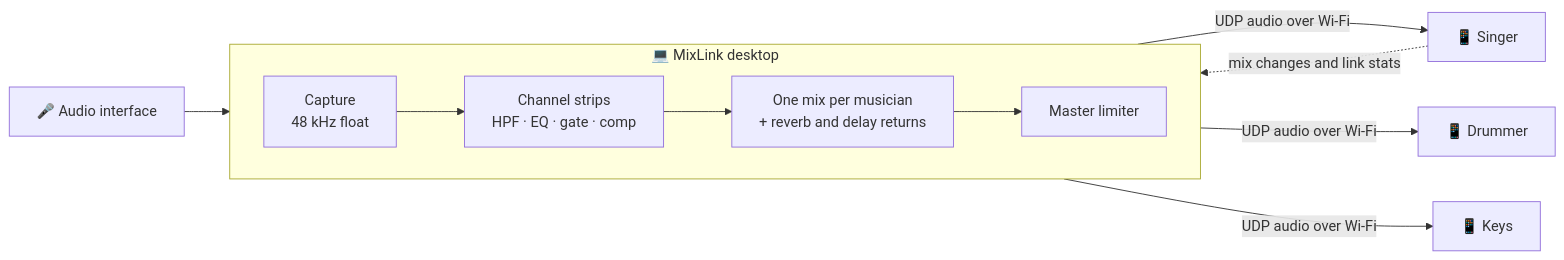
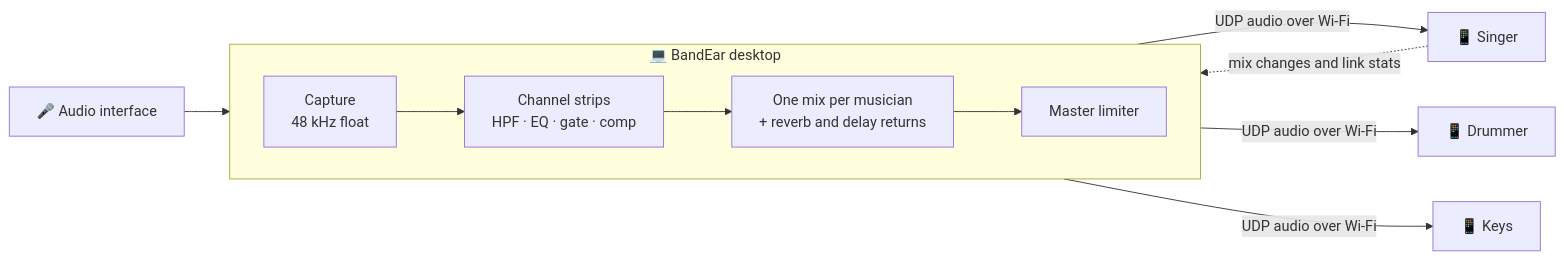
The diagram in README.md (carlosescor2199/bandear), drawn with Mermaid before and after one commit. The commit also changed other lines of this file and 1 other file, not shown here.

First line of the commit message:
docs: rename MixLink to BandEar

````diff
--- a/README.md
+++ b/README.md
@@ -129,14 +132,14 @@
 ```mermaid
 flowchart LR
     A[🎤 Audio interface] --> B
-    subgraph B[💻 MixLink desktop]
+    subgraph B[💻 BandEar desktop]
         direction LR
         C[Capture<br/>48 kHz float] --> D[Channel strips<br/>HPF · EQ · gate · comp]
         D --> E[One mix per musician<br/>+ reverb and delay returns]
         E --> F[Master limiter]
     end
     F -- "UDP audio over Wi-Fi" --> P1[📱 Singer]
     F -- "UDP audio over Wi-Fi" --> P2[📱 Drummer]
     F -- "UDP audio over Wi-Fi" --> P3[📱 Keys]
     P1 -. "mix changes and link stats" .-> B
 ```
````
